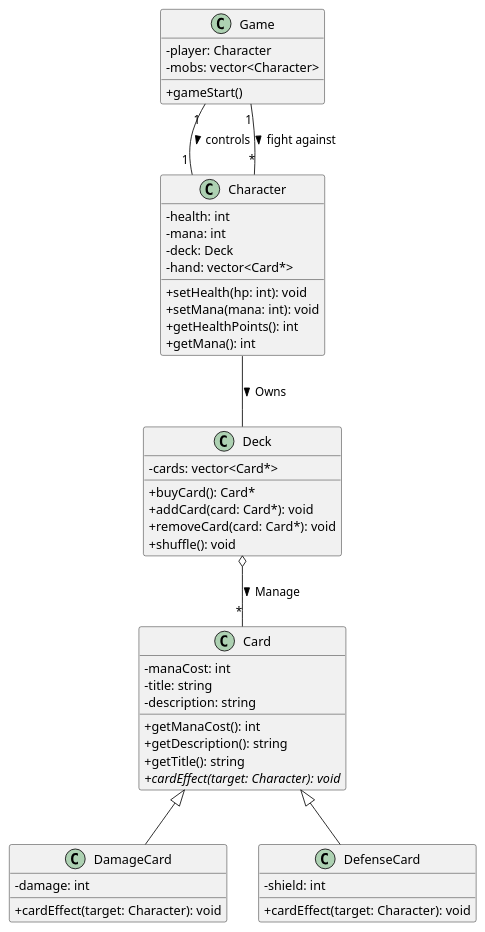
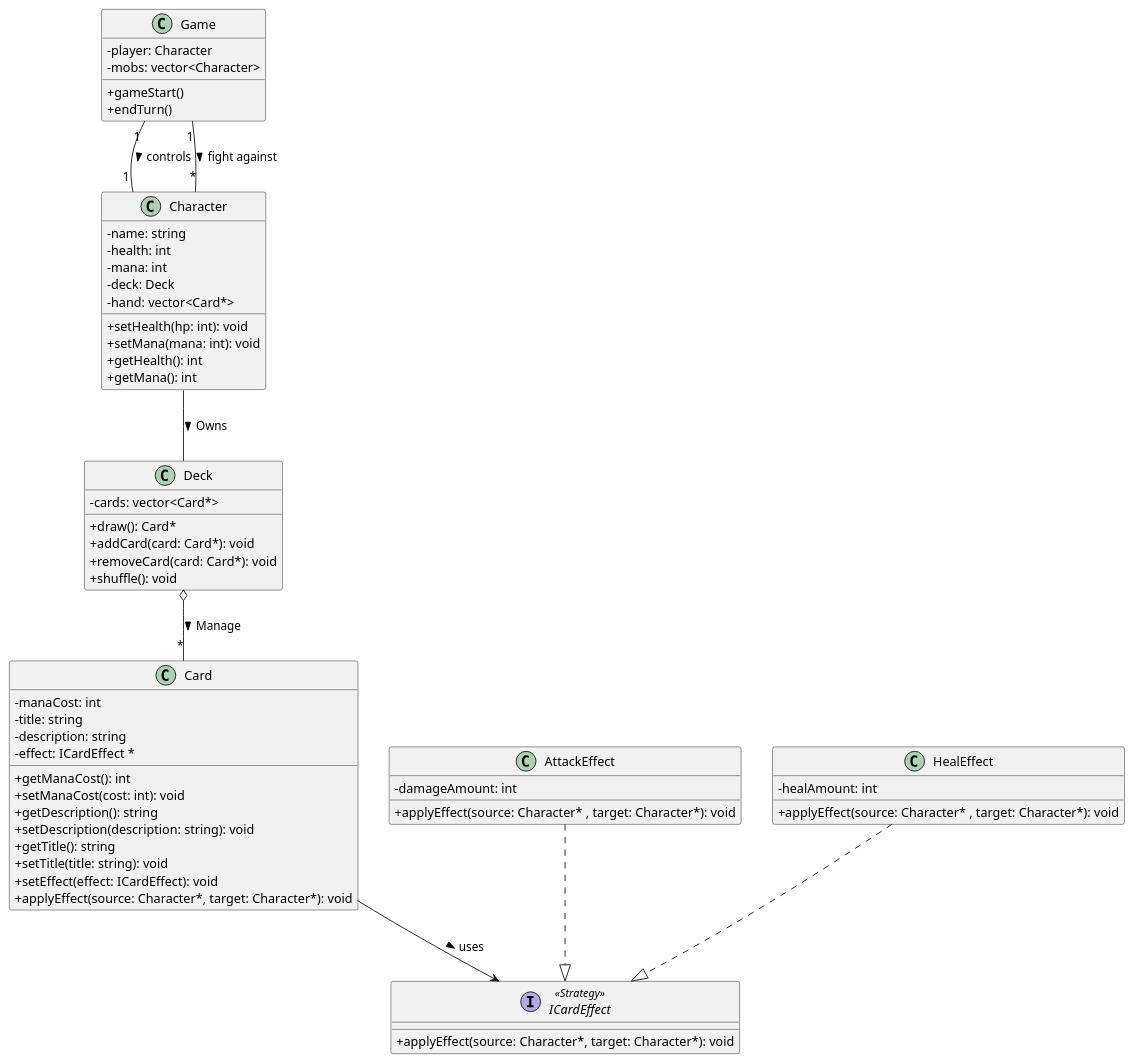
Before and after one commit to ciceroed/POO: the diagram in Projeto FInal/UML/Class Diagram.puml, drawn with PlantUML. The commit also changed 4 other files, not shown here.

```diff
--- a/Projeto FInal/UML/Class Diagram.puml
+++ b/Projeto FInal/UML/Class Diagram.puml
@@ -1,58 +1,76 @@
 @startuml class-diagram
 
 skinparam ClassAttributeIconSize 0
 
 ' Classes principais
 
 class Game{
     - player: Character
     - mobs: vector<Character>
     + gameStart()
+    + endTurn()
 }
 
 class Character {
+    - name: string
     - health: int
     - mana: int
     - deck: Deck
     - hand: vector<Card*>
     + setHealth(hp: int): void
     + setMana(mana: int): void
-    + getHealthPoints(): int
+    + getHealth(): int
     + getMana(): int
+}
+
+
+class Deck{
+    - cards: vector<Card*>
+
+    + draw(): Card*
+    + addCard(card: Card*): void
+    + removeCard(card: Card*): void
+    + shuffle(): void
 }
 
 class Card{
     - manaCost: int
     - title: string
     - description: string
+    - effect: ICardEffect *
+
     + getManaCost(): int
+    + setManaCost(cost: int): void
     + getDescription(): string
+    + setDescription(description: string): void
     + getTitle(): string
-    + cardEffect(target: Character): void {abstract}
+    + setTitle(title: string): void
+    + setEffect(effect: ICardEffect): void
+    + applyEffect(source: Character*, target: Character*): void
 }
 
-class DamageCard{
-    - damage: int
-    + cardEffect(target: Character): void
-}
-class DefenseCard{
-    - shield: int
-    + cardEffect(target: Character): void
-}
-class Deck{
-    - cards: vector<Card*>
-    + buyCard(): Card*
-    + addCard(card: Card*): void
-    + removeCard(card: Card*): void
-    + shuffle(): void
+' Interfaces e classes de efeitos de cartas
+
+interface ICardEffect <<Strategy>> {
+    + applyEffect(source: Character*, target: Character*): void
 }
 
+class AttackEffect{
+    - damageAmount: int
+    + applyEffect(source: Character* , target: Character*): void
+}
+
+class HealEffect {
+    - healAmount: int
+    + applyEffect(source: Character* , target: Character*): void
+}
 
 ' Relacionamentos
 Game "1" -- "1" Character : controls >
 Game "1" -- "*" Character: fight against >
 Character -- Deck : Owns >
 Deck o-- "*" Card : Manage >
-Card <|-- DamageCard
-Card <|-- DefenseCard
+Card --> ICardEffect : uses >
+AttackEffect ..|> ICardEffect
+HealEffect ..|> ICardEffect
 @enduml
```
